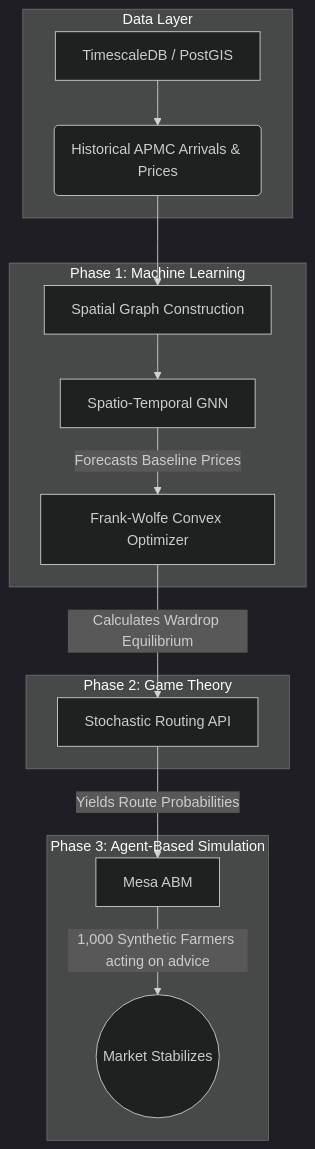
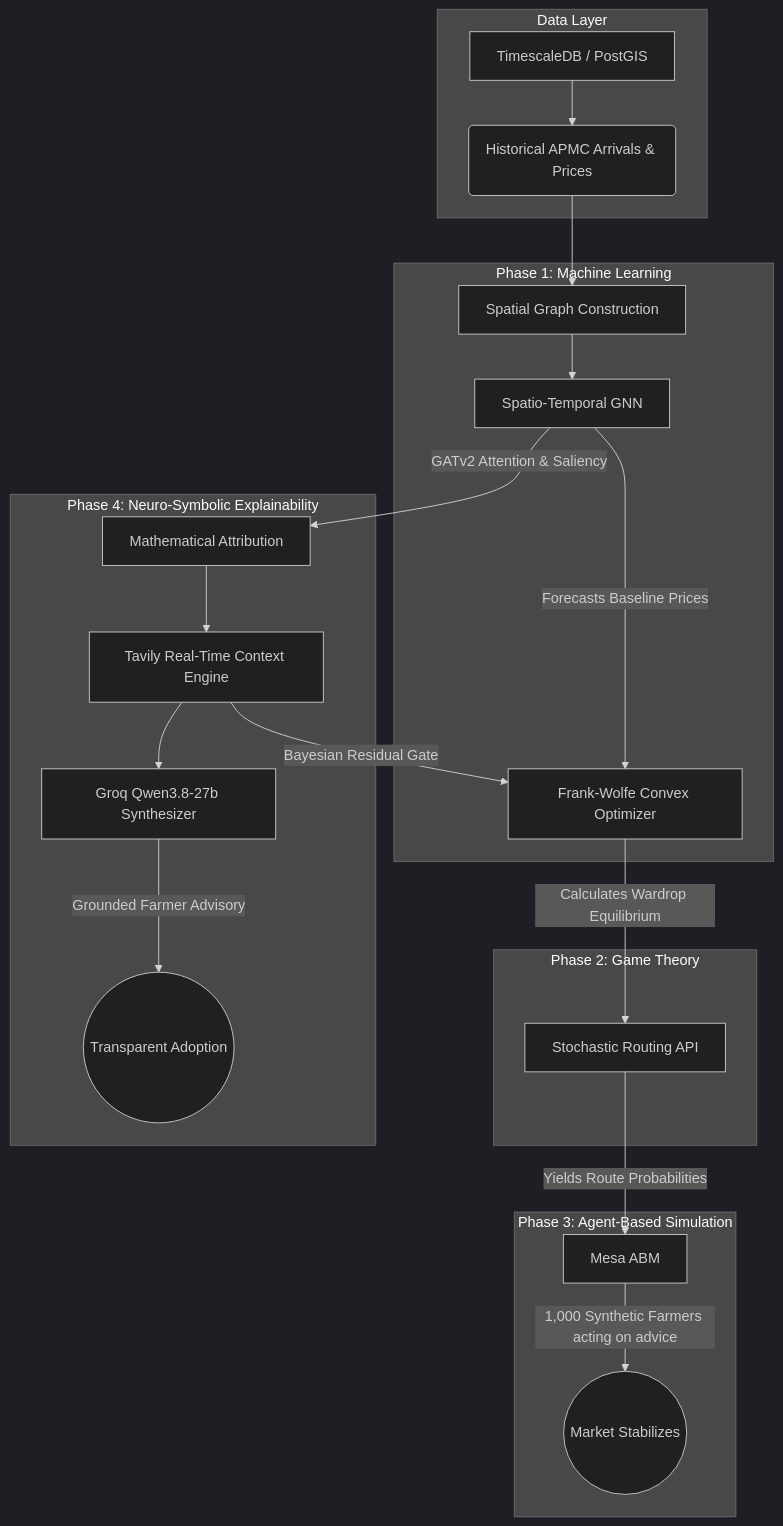
One commit to Shreyash0712/APMC-Market-Forecasting changed the diagram in README.md. Above: the diagram before and after it, drawn with Mermaid (dark theme). The commit also changed other lines of this file, not shown here.

````diff
--- a/README.md
+++ b/README.md
@@ -11,22 +11,30 @@
 ```mermaid
 graph TD
     subgraph Data Layer
         A[TimescaleDB / PostGIS] --> B(Historical APMC Arrivals & Prices)
     end
     
     subgraph Phase 1: Machine Learning
         B --> C[Spatial Graph Construction]
         C --> D[Spatio-Temporal GNN]
         D -->|Forecasts Baseline Prices| E
     end
     
     subgraph Phase 2: Game Theory
         E[Frank-Wolfe Convex Optimizer]
         E -->|Calculates Wardrop Equilibrium| F[Stochastic Routing API]
     end
     
     subgraph Phase 3: Agent-Based Simulation
         F -->|Yields Route Probabilities| G[Mesa ABM]
         G -->|1,000 Synthetic Farmers acting on advice| H((Market Stabilizes))
     end
+
+    subgraph Phase 4: Neuro-Symbolic Explainability
+        D -->|GATv2 Attention & Saliency| I[Mathematical Attribution]
+        I --> J[Tavily Real-Time Context Engine]
+        J --> K[Groq Qwen3.8-27b Synthesizer]
+        K -->|Grounded Farmer Advisory| L((Transparent Adoption))
+        J -->|Bayesian Residual Gate| E
+    end
 ```
````
